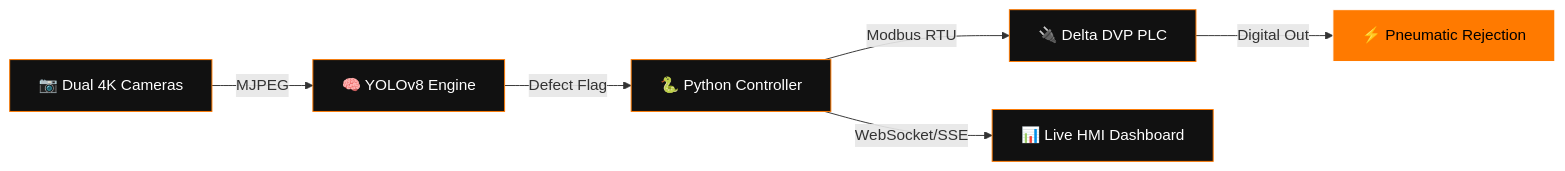
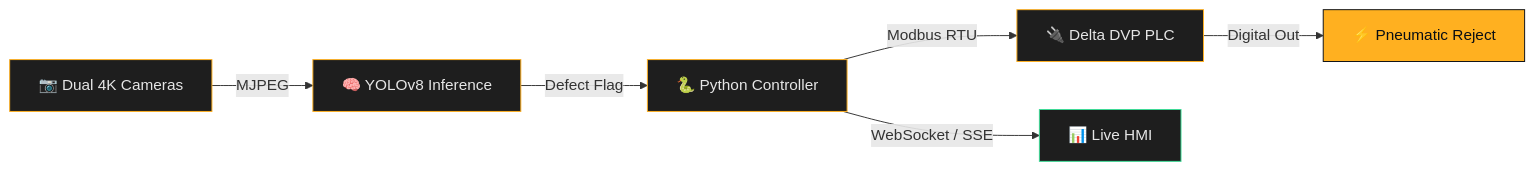
Before and after one commit to ombhagwat18/ombhagwat18: the first of 2 diagrams in README.md, drawn with Mermaid. The commit also changed other lines of this file, not shown here.

Commit message:
Redesign profile README with industrial dark theme, live repo pins, and richer analytics layout

````diff
--- a/README.md
+++ b/README.md
@@ -100,14 +121,15 @@
 ```mermaid
-graph LR
-    A[📷 Dual 4K Cameras] -->|MJPEG| B[🧠 YOLOv8 Engine]
-    B -->|Defect Flag| C[🐍 Python Controller]
-    C -->|Modbus RTU| D[🔌 Delta DVP PLC]
-    D -->|Digital Out| E[⚡ Pneumatic Rejection]
-    C -->|WebSocket/SSE| F[📊 Live HMI Dashboard]
-    style A fill:#111,stroke:#FF7A00,color:#fff
-    style B fill:#111,stroke:#FF7A00,color:#fff
-    style C fill:#111,stroke:#FF7A00,color:#fff
-    style D fill:#111,stroke:#FF7A00,color:#fff
-    style E fill:#FF7A00,stroke:#fff,color:#000
-    style F fill:#111,stroke:#FF7A00,color:#fff
+flowchart LR
+    A["📷 Dual 4K Cameras"] -->|MJPEG| B["🧠 YOLOv8 Inference"]
+    B -->|Defect Flag| C["🐍 Python Controller"]
+    C -->|Modbus RTU| D["🔌 Delta DVP PLC"]
+    D -->|Digital Out| E["⚡ Pneumatic Reject"]
+    C -->|WebSocket / SSE| F["📊 Live HMI"]
+
+    style A fill:#1E1E1E,stroke:#FFB020,color:#E6E6E6
+    style B fill:#1E1E1E,stroke:#FFB020,color:#E6E6E6
+    style C fill:#1E1E1E,stroke:#FFB020,color:#E6E6E6
+    style D fill:#1E1E1E,stroke:#FFB020,color:#E6E6E6
+    style E fill:#FFB020,stroke:#0A0E14,color:#0A0E14
+    style F fill:#1E1E1E,stroke:#3DDC97,color:#E6E6E6
 ```
````
